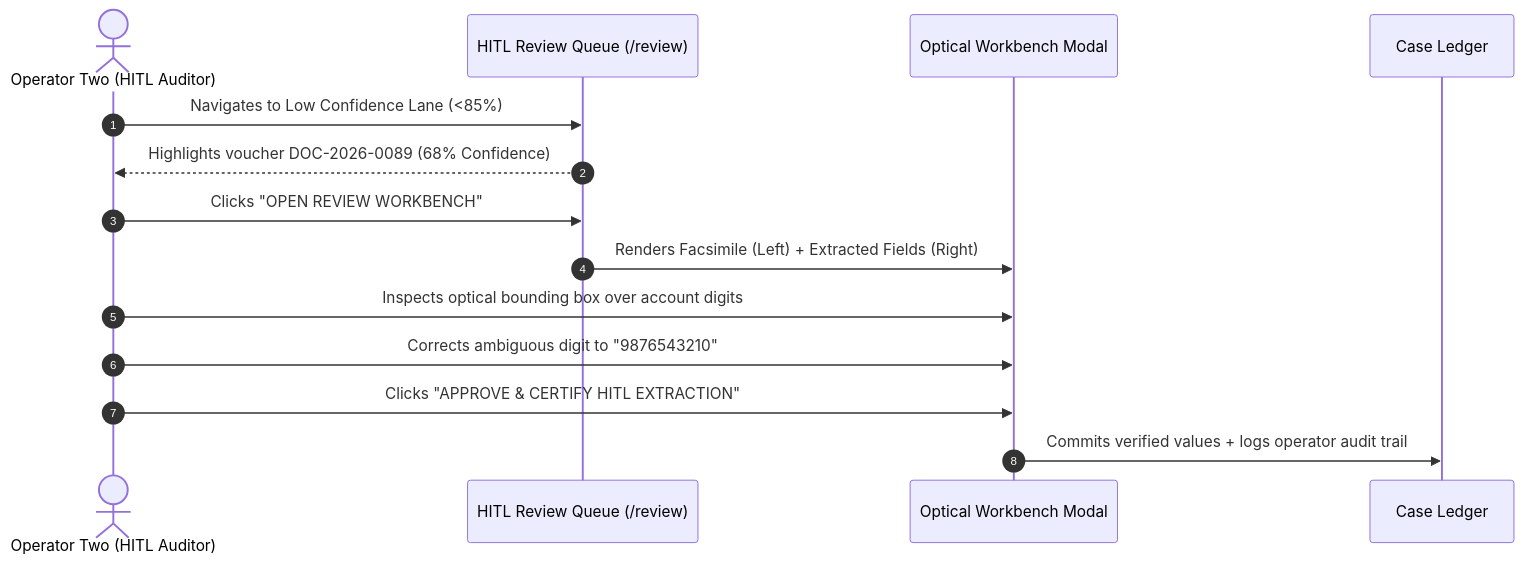
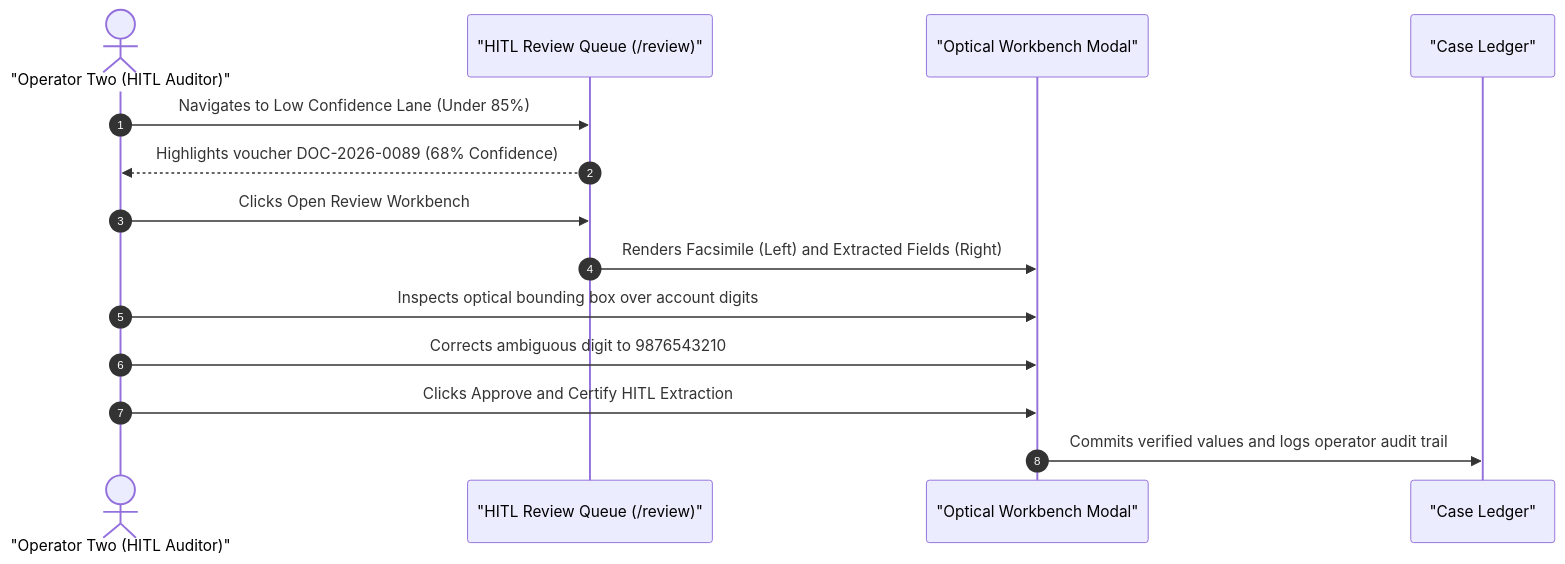
Before and after one commit to minuwu/ReliefOps: the fourth of 7 diagrams in frontend/walkthrough/README.md, drawn with Mermaid. The commit also changed other lines of this file and 8 other files, not shown here.

Commit message:
fix(docs): sanitize mermaid diagrams for github rendering and remove release workflow

````diff
--- a/frontend/walkthrough/README.md
+++ b/frontend/walkthrough/README.md
@@ -201,17 +200,17 @@
 ```mermaid
 sequenceDiagram
     autonumber
-    actor Auditor as Operator Two (HITL Auditor)
-    participant Queue as HITL Review Queue (/review)
-    participant Modal as Optical Workbench Modal
-    participant Engine as Case Ledger
+    actor Auditor as "Operator Two (HITL Auditor)"
+    participant Queue as "HITL Review Queue (/review)"
+    participant Modal as "Optical Workbench Modal"
+    participant Engine as "Case Ledger"
 
-    Auditor->>Queue: Navigates to Low Confidence Lane (<85%)
+    Auditor->>Queue: Navigates to Low Confidence Lane (Under 85%)
     Queue-->>Auditor: Highlights voucher DOC-2026-0089 (68% Confidence)
-    Auditor->>Queue: Clicks "OPEN REVIEW WORKBENCH"
-    Queue->>Modal: Renders Facsimile (Left) + Extracted Fields (Right)
+    Auditor->>Queue: Clicks Open Review Workbench
+    Queue->>Modal: Renders Facsimile (Left) and Extracted Fields (Right)
     Auditor->>Modal: Inspects optical bounding box over account digits
-    Auditor->>Modal: Corrects ambiguous digit to "9876543210"
-    Auditor->>Modal: Clicks "APPROVE & CERTIFY HITL EXTRACTION"
-    Modal->>Engine: Commits verified values + logs operator audit trail
+    Auditor->>Modal: Corrects ambiguous digit to 9876543210
+    Auditor->>Modal: Clicks Approve and Certify HITL Extraction
+    Modal->>Engine: Commits verified values and logs operator audit trail
 ```
````
